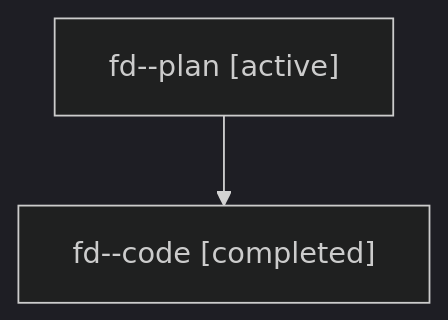
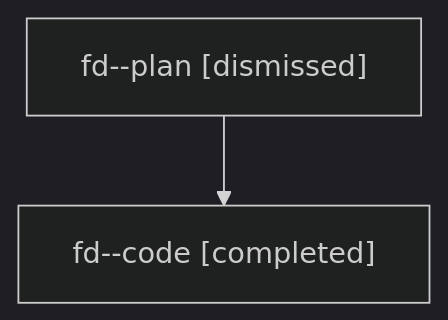
Before and after one commit to sase-org/sase--agents: the diagram in sessions/bbugyi200.athena.fd.md, drawn with Mermaid (dark theme). The commit also changed other lines of this file and 28 other files, not shown here.

````diff
--- a/sessions/bbugyi200.athena.fd.md
+++ b/sessions/bbugyi200.athena.fd.md
@@ -9,6 +9,6 @@
 ```mermaid
 flowchart TD
-  n0["fd--plan [active]"]
+  n0["fd--plan [dismissed]"]
   n1["fd--code [completed]"]
   n0 --> n1
 ```
````
